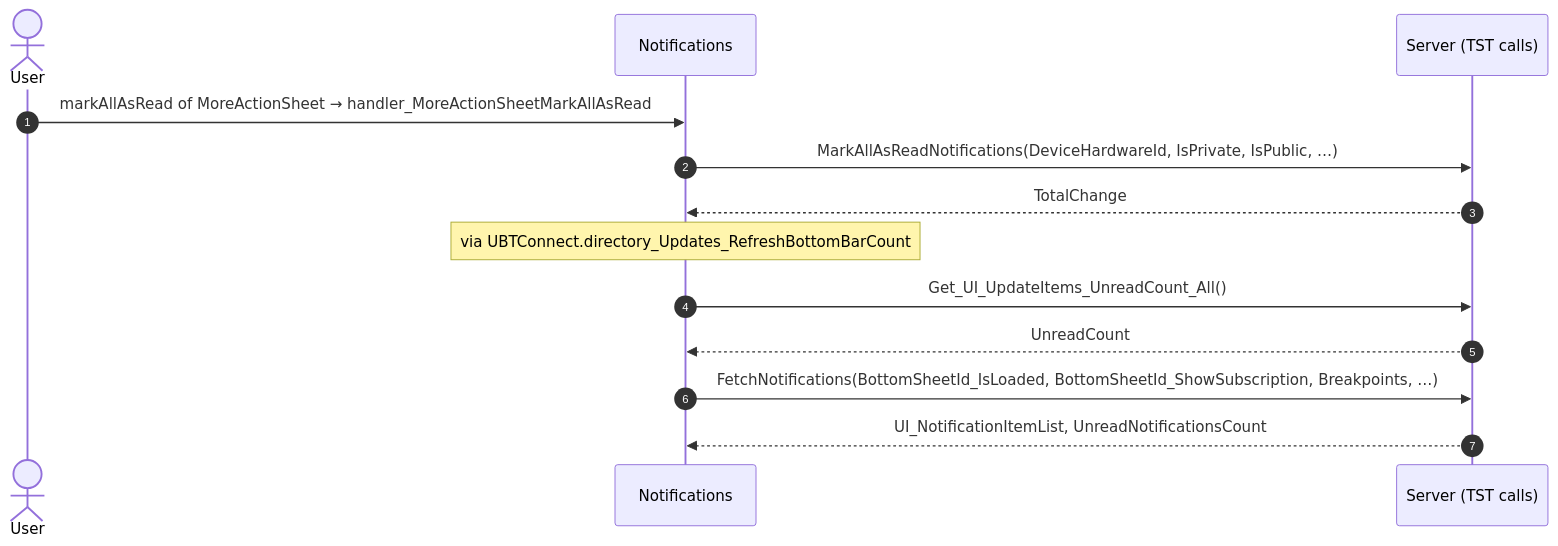
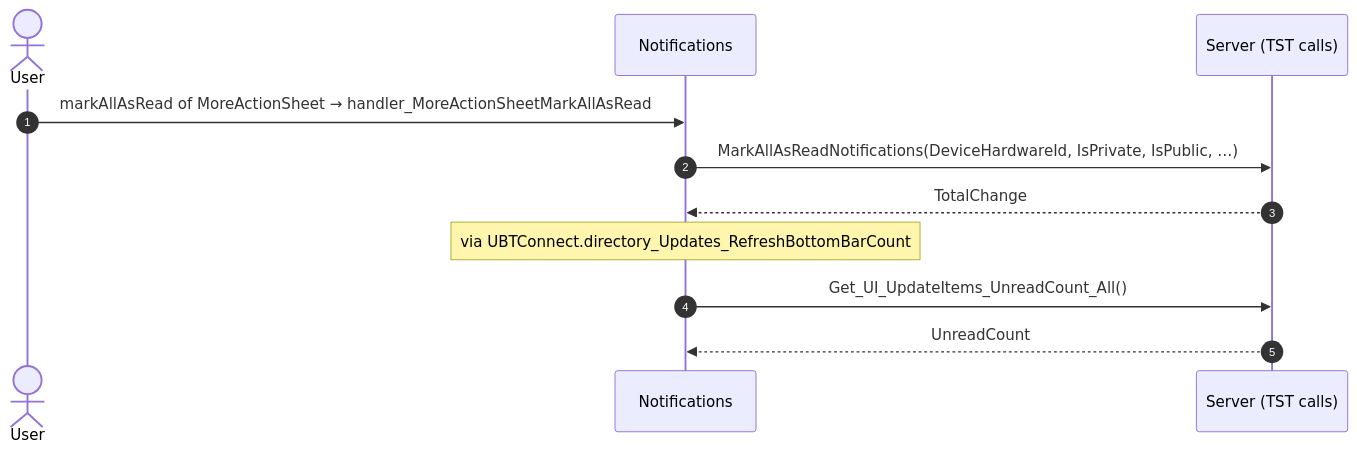
The second of 14 diagrams in route-actions/routes/Notifications.md (Phoenix-DX/connect-new-ui), drawn with Mermaid before and after one commit. The commit also changed other lines of this file and 192 other files, not shown here.

````diff
--- a/route-actions/routes/Notifications.md
+++ b/route-actions/routes/Notifications.md
@@ -121,15 +102,13 @@
 ```mermaid
 sequenceDiagram
   autonumber
   actor U as User
   participant B as Notifications
   participant S as Server (TST calls)
   U->>B: markAllAsRead of MoreActionSheet → handler_MoreActionSheetMarkAllAsRead
   B->>S: MarkAllAsReadNotifications(DeviceHardwareId, IsPrivate, IsPublic, …)
   S-->>B: TotalChange
   Note over B: via UBTConnect.directory_Updates_RefreshBottomBarCount
   B->>S: Get_UI_UpdateItems_UnreadCount_All()
   S-->>B: UnreadCount
-  B->>S: FetchNotifications(BottomSheetId_IsLoaded, BottomSheetId_ShowSubscription, Breakpoints, …)
-  S-->>B: UI_NotificationItemList, UnreadNotificationsCount
 ```
````
